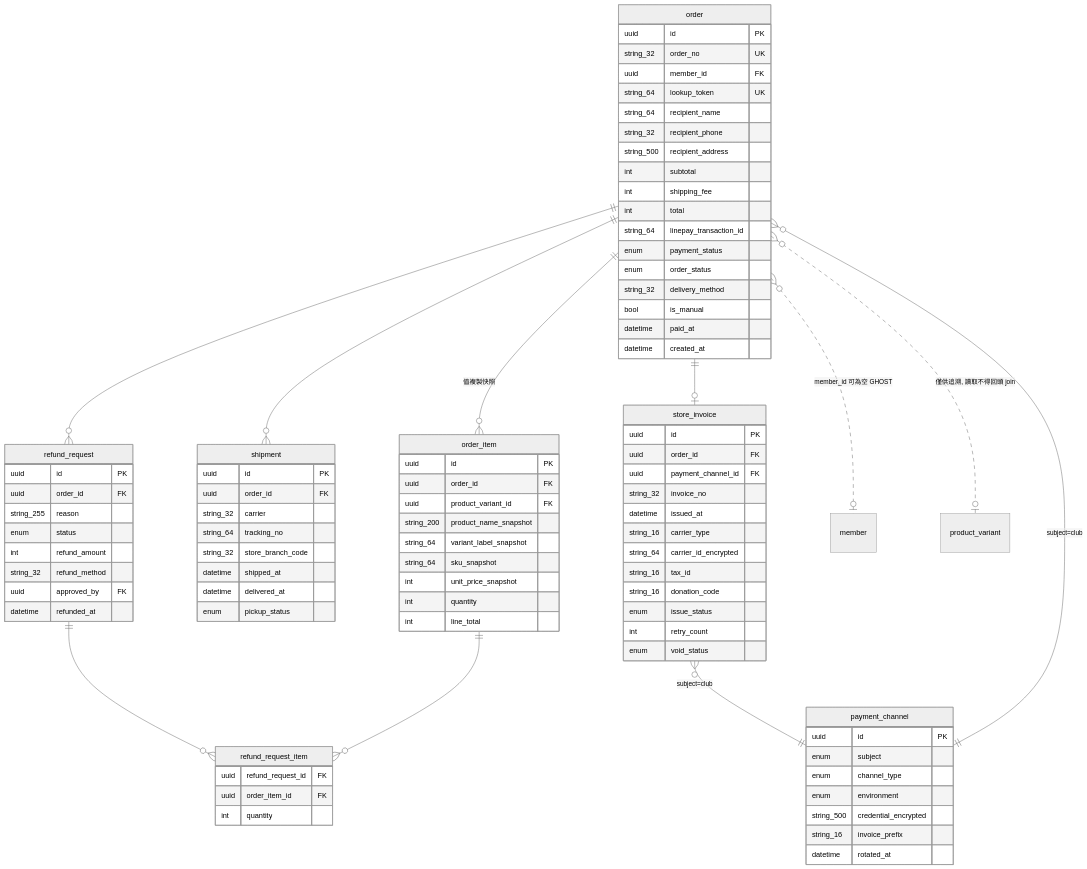
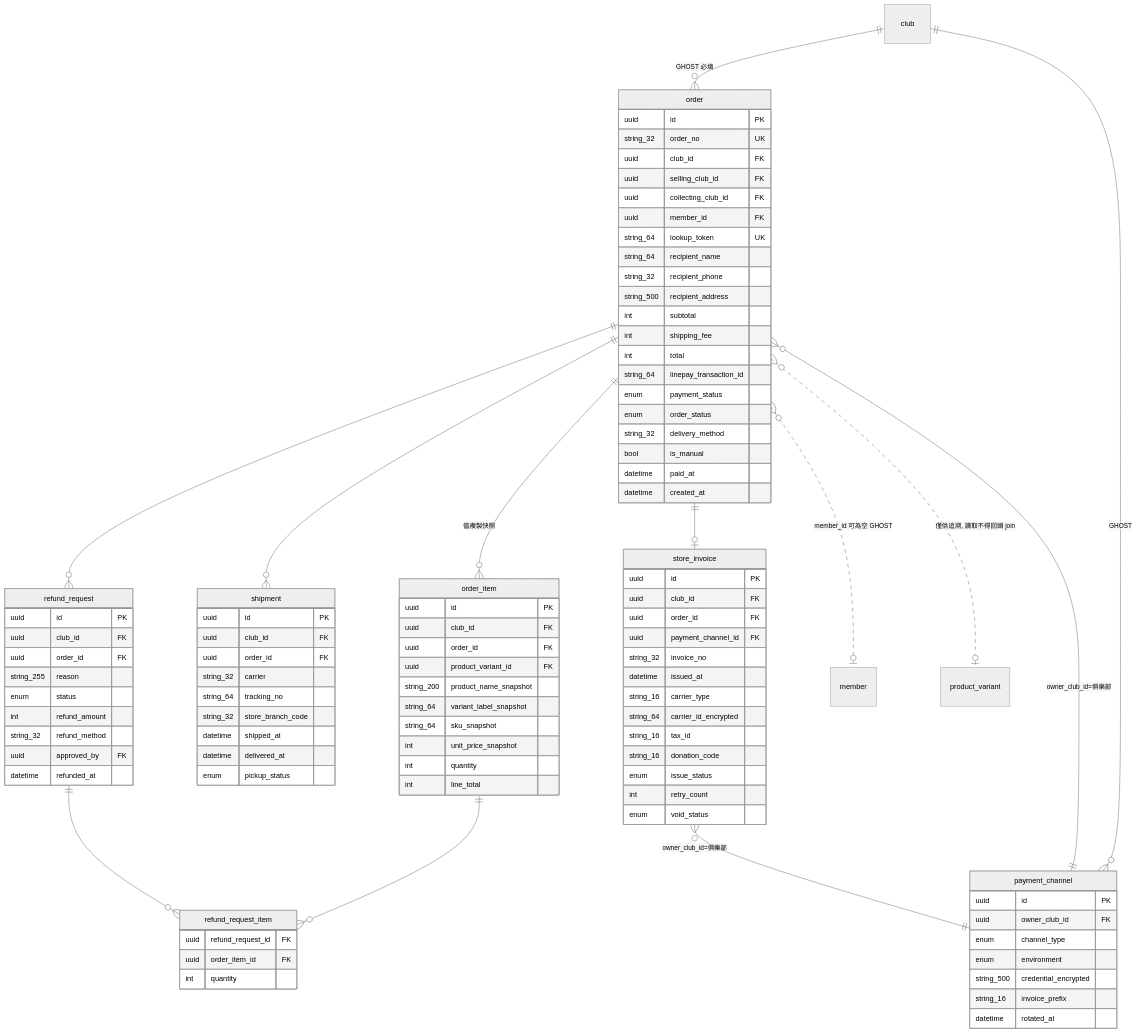
Before and after one commit to waiting0201/tcrfc: diagram 12 of 15 in docs/12a-database-erd.md, drawn with Mermaid (neutral theme). The commit also changed other lines of this file and 4 other files, not shown here.

First line of the commit message:
feat: docs/12a ERD 完成 v3.0 同步，13 項落差結案（B-2 收尾）

```diff
--- a/docs/12a-database-erd.md
+++ b/docs/12a-database-erd.md
@@ -733,11 +813,16 @@
   order_item ||--o{ refund_request_item : ""
   order }o..o| member : "member_id 可為空 GHOST"
   order }o..o| product_variant : "僅供追溯, 讀取不得回頭 join"
-  store_invoice }o--|| payment_channel : "subject=club"
-  order }o--|| payment_channel : "subject=club"
+  store_invoice }o--|| payment_channel : "owner_club_id=俱樂部"
+  order }o--|| payment_channel : "owner_club_id=俱樂部"
+  club ||--o{ order : "GHOST 必填"
+  club ||--o{ payment_channel : "GHOST"
   order {
     uuid id PK
     string_32 order_no UK
+    uuid club_id FK
+    uuid selling_club_id FK
+    uuid collecting_club_id FK
     uuid member_id FK
     string_64 lookup_token UK
     string_64 recipient_name
@@ -756,6 +841,7 @@
   }
   order_item {
     uuid id PK
+    uuid club_id FK
     uuid order_id FK
     uuid product_variant_id FK
     string_200 product_name_snapshot
@@ -767,6 +853,7 @@
   }
   shipment {
     uuid id PK
+    uuid club_id FK
     uuid order_id FK
     string_32 carrier
     string_64 tracking_no
@@ -777,6 +864,7 @@
   }
   refund_request {
     uuid id PK
+    uuid club_id FK
     uuid order_id FK
     string_255 reason
     enum status
@@ -792,6 +880,7 @@
   }
   store_invoice {
     uuid id PK
+    uuid club_id FK
     uuid order_id FK
     uuid payment_channel_id FK
     string_32 invoice_no
@@ -806,7 +895,7 @@
   }
   payment_channel {
     uuid id PK
-    enum subject
+    uuid owner_club_id FK
     enum channel_type
     enum environment
     string_500 credential_encrypted
```
